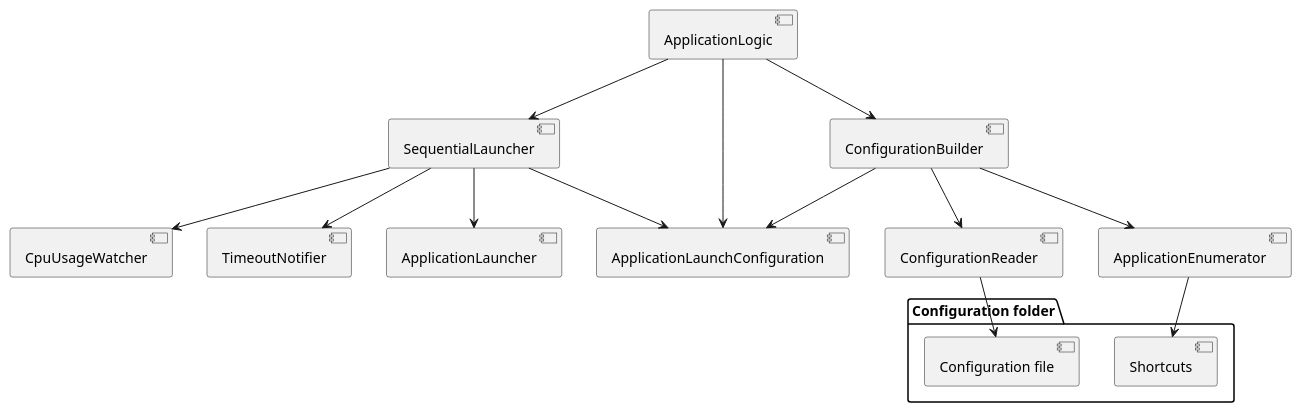
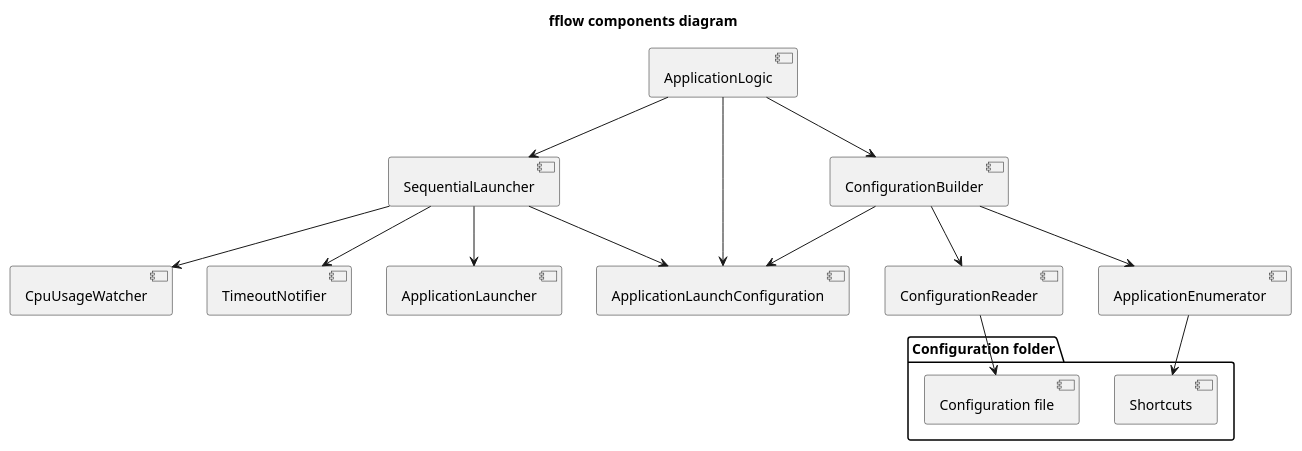
Before and after one commit to MinoruSekine/fllow: the diagram in docs/uml/src/components.pu, drawn with PlantUML.

Commit message:
Resolve missing title of components diagram.

```diff
--- a/docs/uml/src/components.pu
+++ b/docs/uml/src/components.pu
@@ -1,30 +1,32 @@
 @startuml
+
+title fflow components diagram
 
 [ApplicationLogic]
 [CpuUsageWatcher]
 [TimeoutNotifier]
 [ApplicationLauncher]
 [SequentialLauncher]
 [ConfigurationBuilder]
 [ConfigurationReader]
 [ApplicationLaunchConfiguration]
 [ApplicationEnumerator]
 folder "Configuration folder" {
   [Configuration file] as ConfigurationFile
   [Shortcuts]
 }
 
 ApplicationLogic --> SequentialLauncher
 ApplicationLogic --> ConfigurationBuilder
 ApplicationLogic ---> ApplicationLaunchConfiguration
 ConfigurationBuilder --> ApplicationLaunchConfiguration
 ConfigurationBuilder --> ConfigurationReader
 ConfigurationReader --> ConfigurationFile
 ConfigurationBuilder --> ApplicationEnumerator
 ApplicationEnumerator --> Shortcuts
 SequentialLauncher --> CpuUsageWatcher
 SequentialLauncher --> TimeoutNotifier
 SequentialLauncher --> ApplicationLauncher
 SequentialLauncher --> ApplicationLaunchConfiguration
 
 @enduml
```
